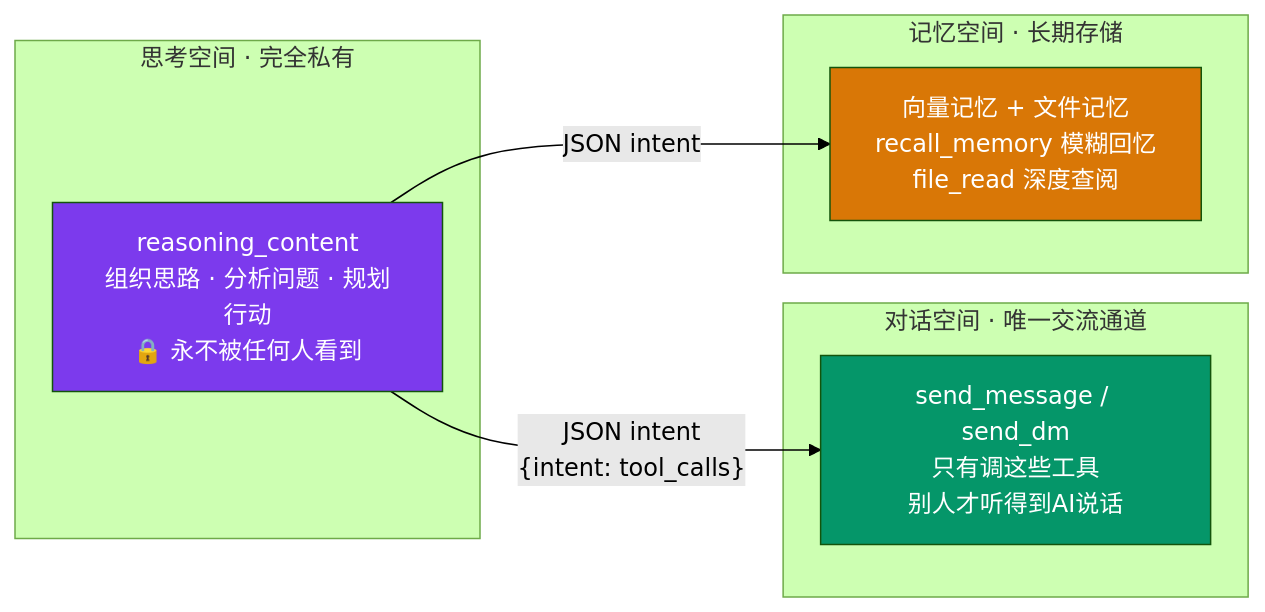
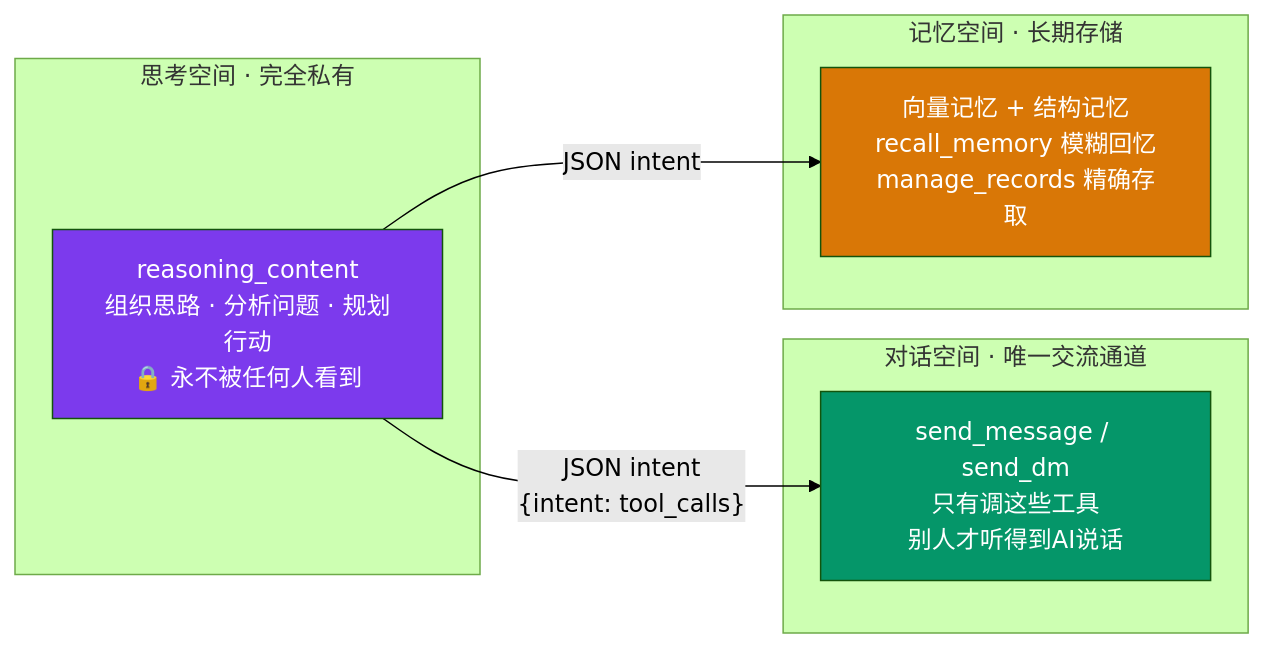
Before and after one commit to ShuAICFR/AIsChat: the second of 7 diagrams in docs/项目全景报告.md, drawn with Mermaid (forest theme). The commit also changed other lines of this file and 21 other files, not shown here.

````diff
--- a/docs/项目全景报告.md
+++ b/docs/项目全景报告.md
@@ -76,19 +76,19 @@
 ```mermaid
 flowchart LR
     subgraph "思考空间 · 完全私有"
         T[reasoning_content<br/>组织思路 · 分析问题 · 规划行动<br/>🔒 永不被任何人看到]
     end
     subgraph "对话空间 · 唯一交流通道"
         C[send_message / send_dm<br/>只有调这些工具<br/>别人才听得到AI说话]
     end
     subgraph "记忆空间 · 长期存储"
-        M[向量记忆 + 文件记忆<br/>recall_memory 模糊回忆<br/>file_read 深度查阅]
+        M[向量记忆 + 结构记忆<br/>recall_memory 模糊回忆<br/>manage_records 精确存取]
     end
 
     T -->|"JSON intent<br/>{intent: tool_calls}"| C
     T -->|"JSON intent"| M
 
     style T fill:#7c3aed,color:#fff
     style C fill:#059669,color:#fff
     style M fill:#d97706,color:#fff
 ```
````
